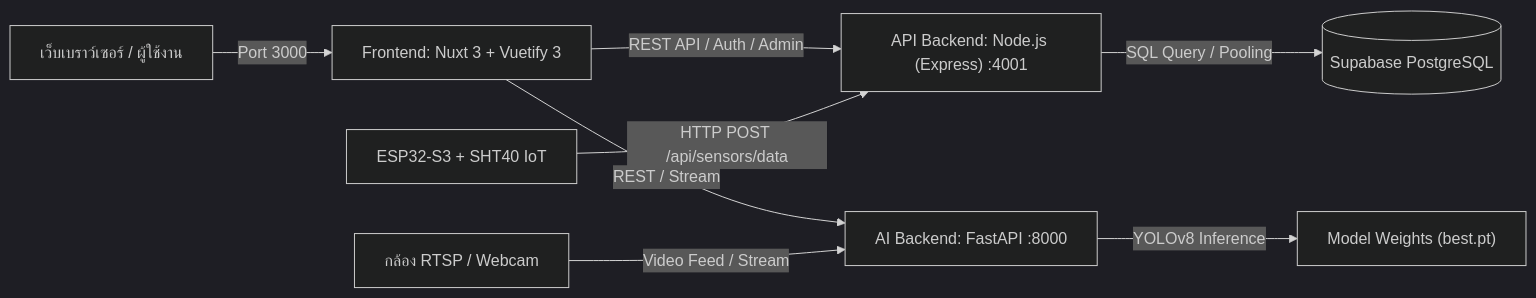
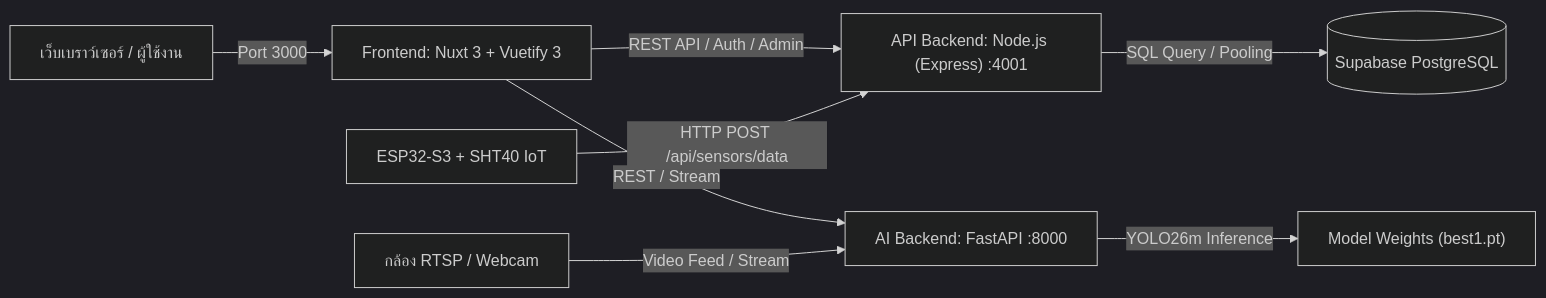
One commit to peetph22-ship-it/Cow_detect changed the second of 2 diagrams in README.md. Above: the diagram before and after it, drawn with Mermaid (dark theme). The commit also changed other lines of this file and 15 other files, not shown here.

````diff
--- a/README.md
+++ b/README.md
@@ -87,13 +87,13 @@
 ```mermaid
 flowchart LR
     Browser["เว็บเบราว์เซอร์ / ผู้ใช้งาน"] -->|Port 3000| Nuxt["Frontend: Nuxt 3 + Vuetify 3"]
     
     Nuxt -->|REST API / Auth / Admin| Node["API Backend: Node.js (Express) :4001"]
     Nuxt -->|REST / Stream| Fast["AI Backend: FastAPI :8000"]
     
     Node -->|SQL Query / Pooling| DB[("Supabase PostgreSQL")]
-    Fast -->|YOLOv8 Inference| Weights["Model Weights (best.pt)"]
+    Fast -->|YOLO26m Inference| Weights["Model Weights (best1.pt)"]
     
     ESP32["ESP32-S3 + SHT40 IoT"] -->|HTTP POST /api/sensors/data| Node
     Camera["กล้อง RTSP / Webcam"] -->|Video Feed / Stream| Fast
 ```
````
